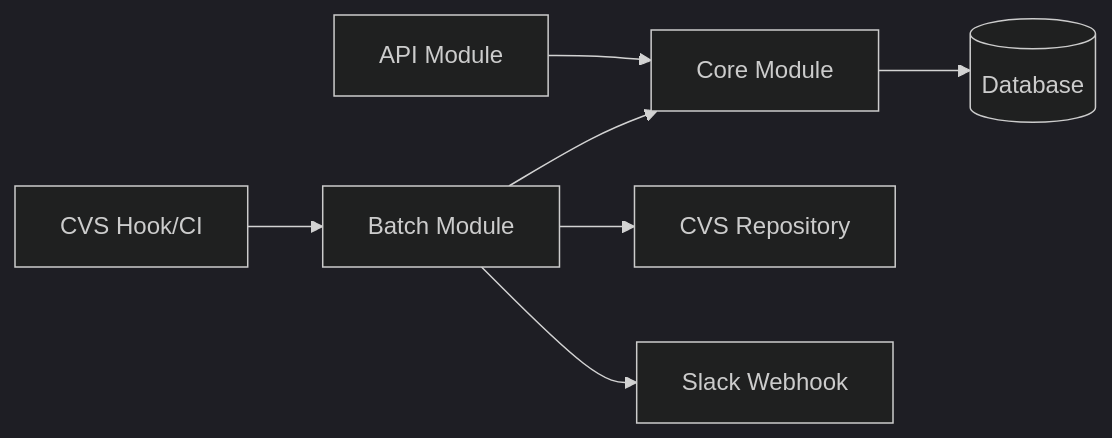
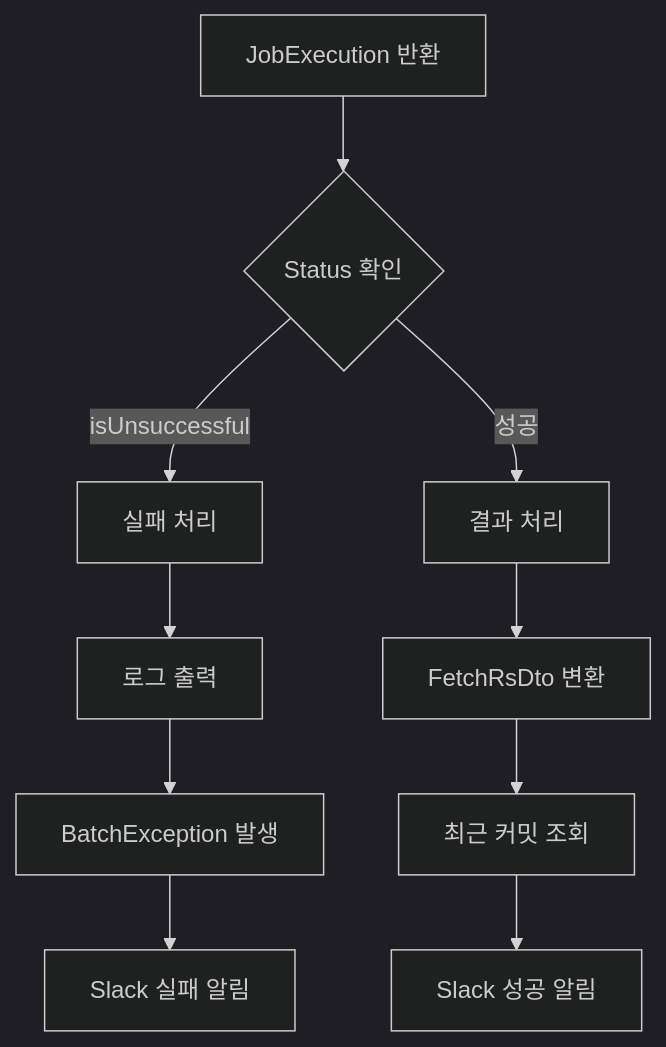
One commit to YeonsangYoon/cvslog changed the fifth of 10 diagrams in README.md. Above: the diagram before and after it, drawn with Mermaid (dark theme). The commit also changed other lines of this file, not shown here.

````diff
--- a/README.md
+++ b/README.md
@@ -120,10 +375,14 @@
 ```mermaid
-graph LR
-    A[Batch Module] --> C[Core Module]
-    B[API Module] --> C[Core Module]
+graph TD
+    A[JobExecution 반환] --> B{Status 확인}
+    B -->|isUnsuccessful| C[실패 처리]
+    B -->|성공| D[결과 처리]
     
-    D[CVS Hook/CI] --> A
-    A --> E[CVS Repository]
-    C --> F[(Database)]
-    A --> G[Slack Webhook]
+    C --> C1[로그 출력]
+    C1 --> C2[BatchException 발생]
+    C2 --> C3[Slack 실패 알림]
+    
+    D --> D1[FetchRsDto 변환]
+    D1 --> D2[최근 커밋 조회]
+    D2 --> D3[Slack 성공 알림]
 ```
````
